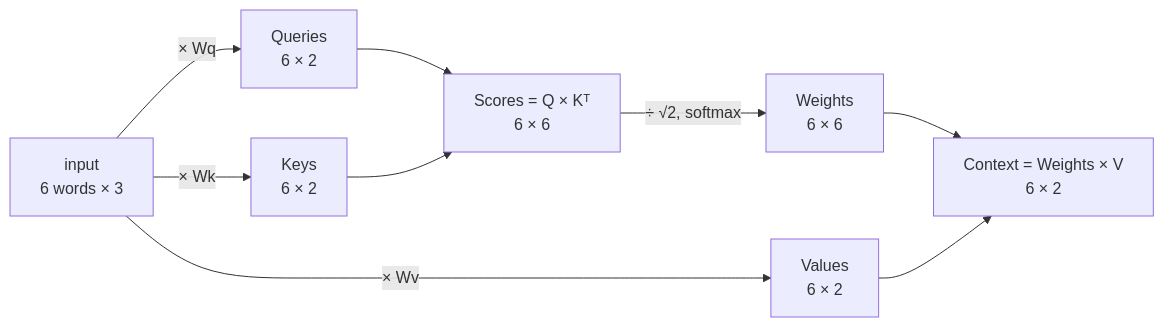
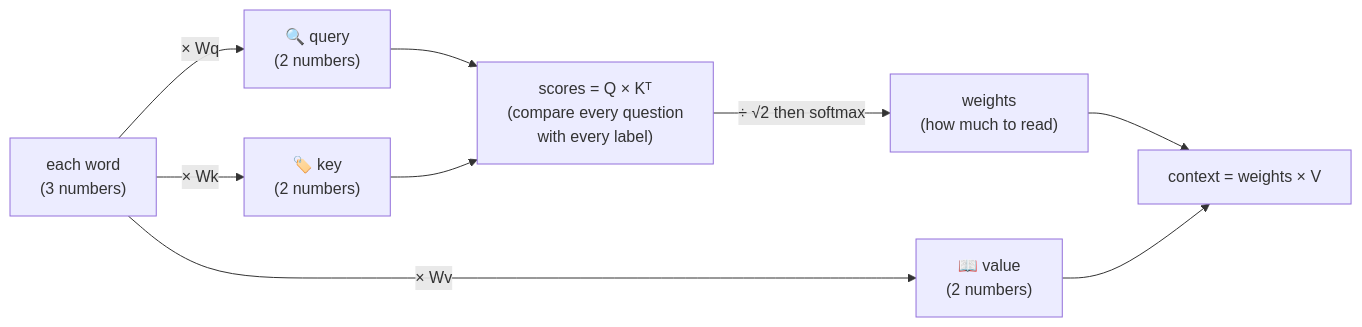
The eighth of 17 diagrams in docs/04-attention.md (Ranjeet0611/tinygpt), drawn with Mermaid before and after one commit. The commit also changed other lines of this file and 9 other files, not shown here.

````diff
--- a/docs/04-attention.md
+++ b/docs/04-attention.md
@@ -67,11 +154,11 @@
 ```mermaid
 flowchart LR
-    X["input<br/>6 words × 3"] -->|"× Wq"| Q["Queries<br/>6 × 2"]
-    X -->|"× Wk"| K["Keys<br/>6 × 2"]
-    X -->|"× Wv"| V["Values<br/>6 × 2"]
-    Q --> S["Scores = Q × Kᵀ<br/>6 × 6"]
-    K --> S
-    S -->|"÷ √2, softmax"| W["Weights<br/>6 × 6"]
-    W --> C["Context = Weights × V<br/>6 × 2"]
-    V --> C
+    X["each word<br/>(3 numbers)"] -->|"× Wq"| Q["🔍 query<br/>(2 numbers)"]
+    X -->|"× Wk"| K["🏷️ key<br/>(2 numbers)"]
+    X -->|"× Wv"| V["📖 value<br/>(2 numbers)"]
+    Q --> SC["scores = Q × Kᵀ<br/>(compare every question<br/>with every label)"]
+    K --> SC
+    SC -->|"÷ √2 then softmax"| WT["weights<br/>(how much to read)"]
+    WT --> CTX["context = weights × V"]
+    V --> CTX
 ```
````
